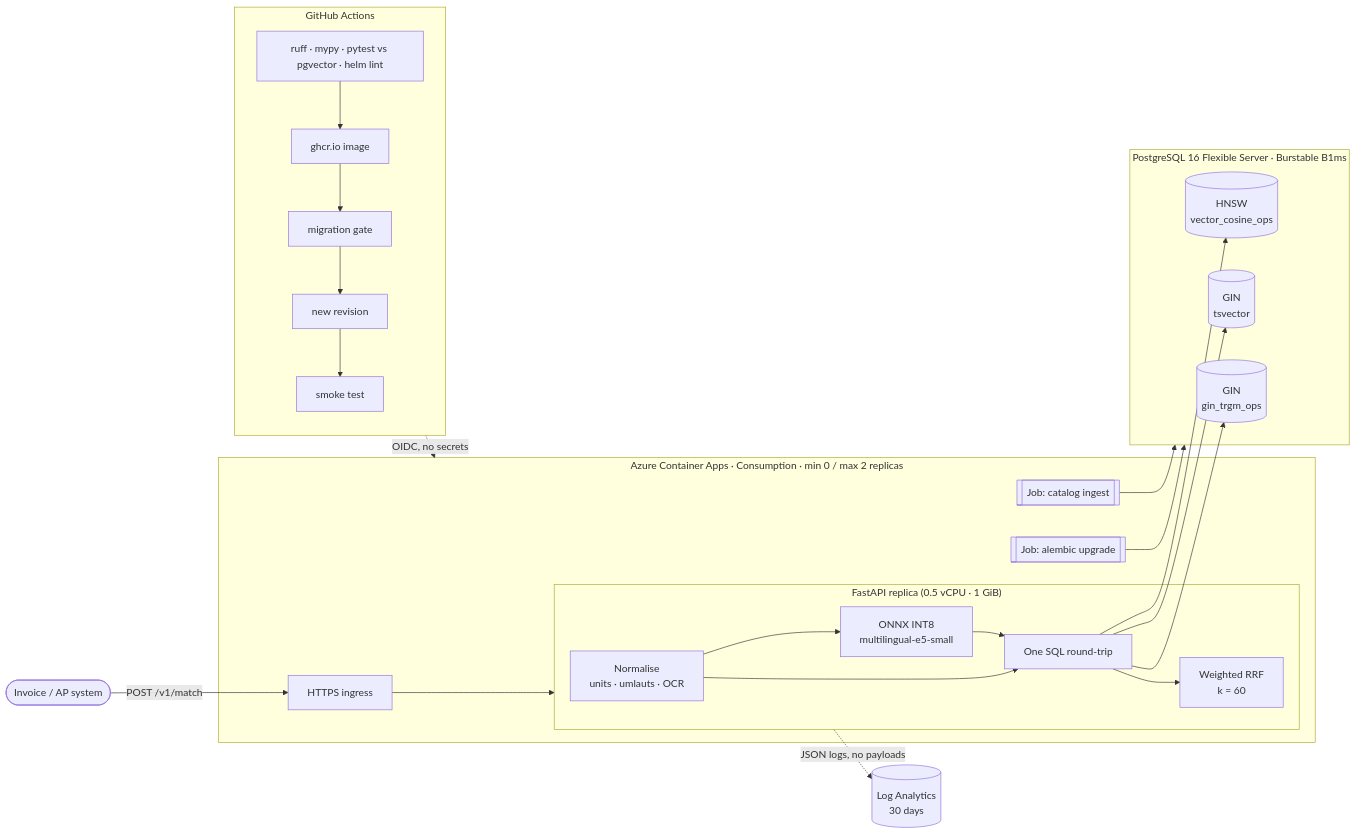
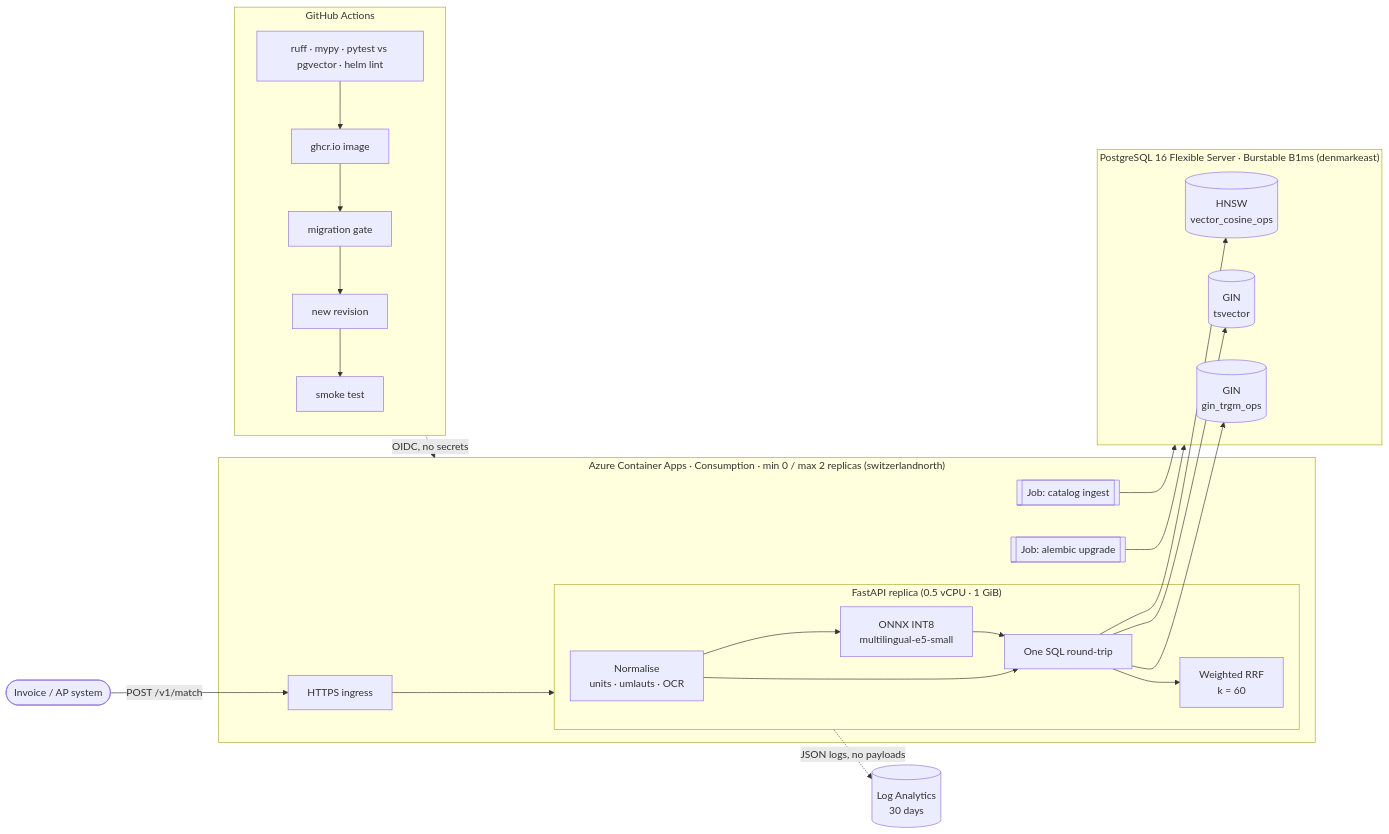
One commit to Vlad-vt/azure_pet changed the diagram in README.md. Above: the diagram before and after it, drawn with Mermaid. The commit also changed other lines of this file and 4 other files, not shown here.

````diff
--- a/README.md
+++ b/README.md
@@ -29,32 +33,32 @@
 ```mermaid
 flowchart LR
     client([Invoice / AP system]) -->|POST /v1/match| ingress
 
-    subgraph ACA["Azure Container Apps · Consumption · min 0 / max 2 replicas"]
+    subgraph ACA["Azure Container Apps · Consumption · min 0 / max 2 replicas (switzerlandnorth)"]
         ingress[HTTPS ingress] --> api
         subgraph api["FastAPI replica (0.5 vCPU · 1 GiB)"]
             norm[Normalise<br/>units · umlauts · OCR] --> emb[ONNX INT8<br/>multilingual-e5-small]
             norm --> sql
             emb --> sql[One SQL round-trip]
             sql --> rrf[Weighted RRF<br/>k = 60]
         end
         migrate[[Job: alembic upgrade]]
         ingest[[Job: catalog ingest]]
     end
 
-    subgraph PG["PostgreSQL 16 Flexible Server · Burstable B1ms"]
+    subgraph PG["PostgreSQL 16 Flexible Server · Burstable B1ms (denmarkeast)"]
         hnsw[(HNSW<br/>vector_cosine_ops)]
         fts[(GIN<br/>tsvector)]
         trgm[(GIN<br/>gin_trgm_ops)]
     end
 
     sql --> hnsw & fts & trgm
     migrate --> PG
     ingest --> PG
     api -. JSON logs, no payloads .-> logs[(Log Analytics<br/>30 days)]
 
     subgraph CICD["GitHub Actions"]
         ci[ruff · mypy · pytest vs pgvector · helm lint] --> img[ghcr.io image] --> gate[migration gate] --> rev[new revision] --> smoke[smoke test]
     end
     CICD -. OIDC, no secrets .-> ACA
 ```
````
